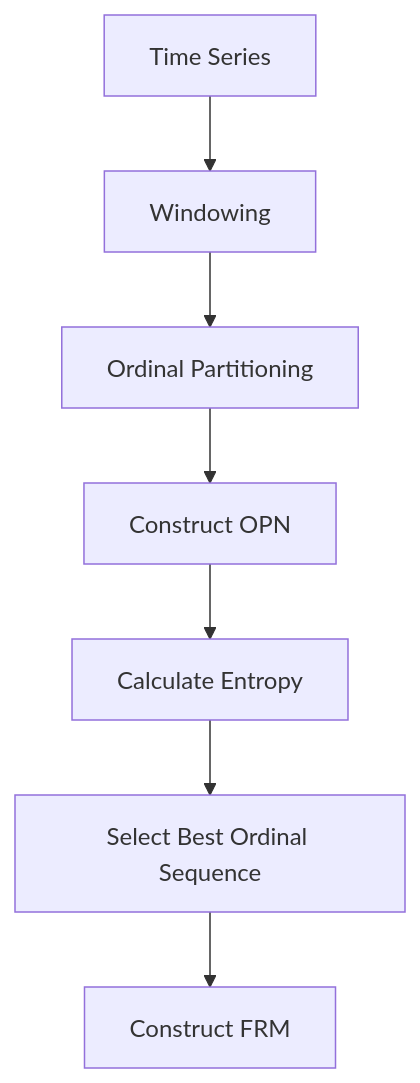
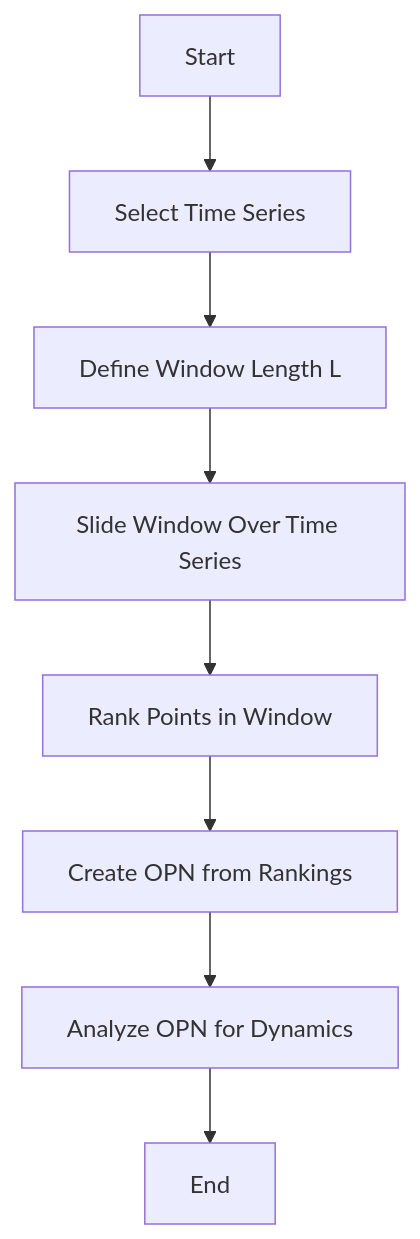
One commit to dmarx/papers-feed changed the diagram in data/papers/2303.00383/features/crib-sheet/2303.00383.md. Above: the diagram before and after it, drawn with Mermaid. The commit also changed other lines of this file and 9 other files, not shown here.

````diff
--- a/data/papers/2303.00383/features/crib-sheet/2303.00383.md
+++ b/data/papers/2303.00383/features/crib-sheet/2303.00383.md
@@ -32,9 +26,10 @@
 ```mermaid
 flowchart TD
-    A[Time Series] --> B[Windowing]
-    B --> C[Ordinal Partitioning]
-    C --> D[Construct OPN]
-    D --> E[Calculate Entropy]
-    E --> F[Select Best Ordinal Sequence]
-    F --> G[Construct FRM]
+    A[Start] --> B[Select Time Series]
+    B --> C[Define Window Length L]
+    C --> D[Slide Window Over Time Series]
+    D --> E[Rank Points in Window]
+    E --> F[Create OPN from Rankings]
+    F --> G[Analyze OPN for Dynamics]
+    G --> H[End]
 ```
````
